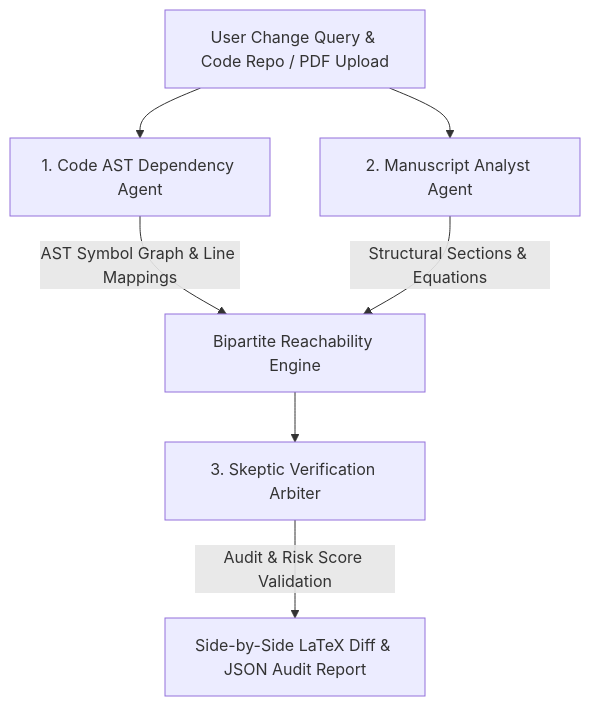
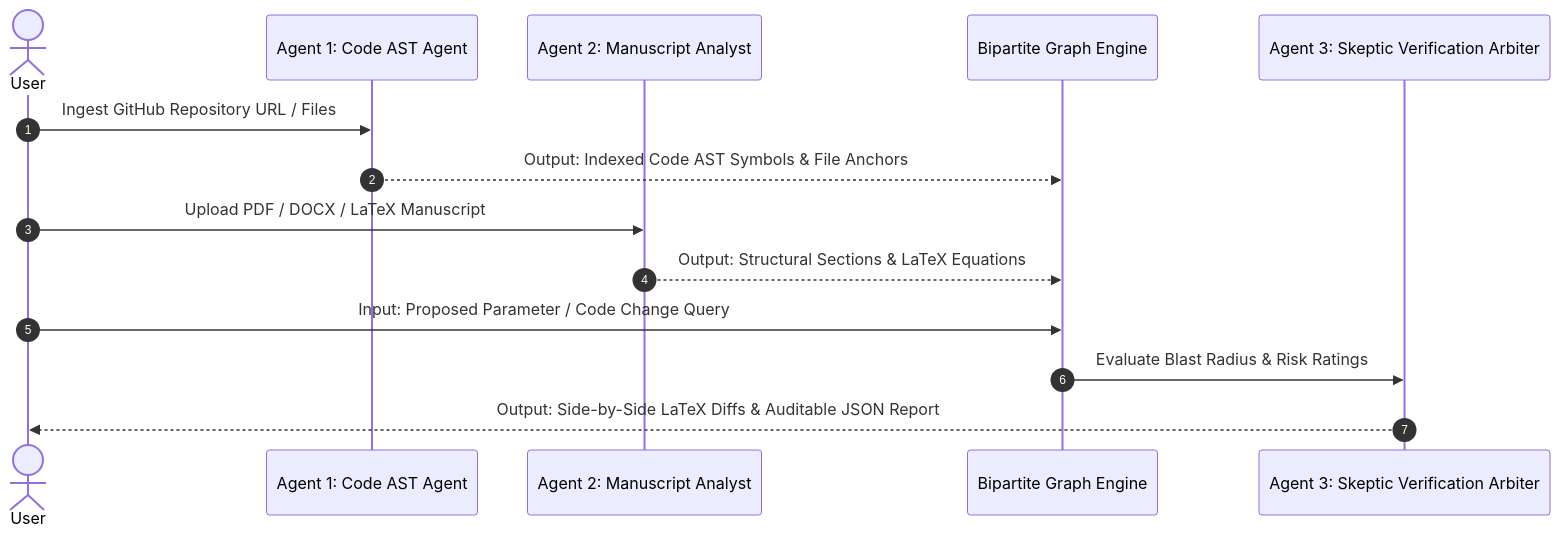
Before and after one commit to monish250507/Research_Blast_Radius: the second of 2 diagrams in README.md, drawn with Mermaid. The commit also changed other lines of this file, not shown here.

Commit message:
Expand README.md with real-world problem statement, bipartite graph math, sequence diagrams, and end-to-end workflow

````diff
--- a/README.md
+++ b/README.md
@@ -26,9 +65,17 @@
 ```mermaid
-graph TD
-    A["User Change Query & Code Repo / PDF Upload"] --> B["1. Code AST Dependency Agent"]
-    A --> C["2. Manuscript Analyst Agent"]
-    B -->|"AST Symbol Graph & Line Mappings"| D["Bipartite Reachability Engine"]
-    C -->|"Structural Sections & Equations"| D
-    D --> E["3. Skeptic Verification Arbiter"]
-    E -->|"Audit & Risk Score Validation"| F["Side-by-Side LaTeX Diff & JSON Audit Report"]
+sequenceDiagram
+    autonumber
+    actor User
+    participant A1 as Agent 1: Code AST Agent
+    participant A2 as Agent 2: Manuscript Analyst
+    participant Engine as Bipartite Graph Engine
+    participant A3 as Agent 3: Skeptic Verification Arbiter
+
+    User->>A1: Ingest GitHub Repository URL / Files
+    A1-->>Engine: Output: Indexed Code AST Symbols & File Anchors
+    User->>A2: Upload PDF / DOCX / LaTeX Manuscript
+    A2-->>Engine: Output: Structural Sections & LaTeX Equations
+    User->>Engine: Input: Proposed Parameter / Code Change Query
+    Engine->>A3: Evaluate Blast Radius & Risk Ratings
+    A3-->>User: Output: Side-by-Side LaTeX Diffs & Auditable JSON Report
 ```
````
